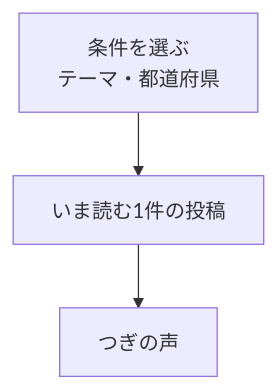
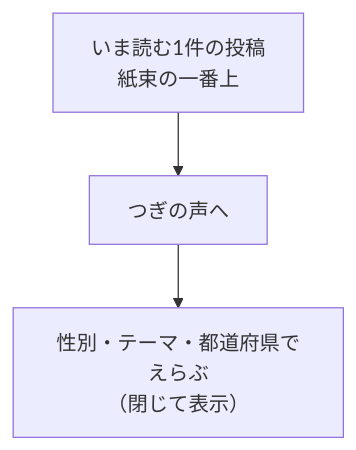
One commit to Digix00/58-Hackathon-202609 changed the diagram in docs/requirements/screens/feed.md. Above: the diagram before and after it, drawn with Mermaid. The commit also changed other lines of this file and 56 other files, not shown here.

````diff
--- a/docs/requirements/screens/feed.md
+++ b/docs/requirements/screens/feed.md
@@ -9,8 +9,8 @@
 ```mermaid
 flowchart TB
-  Filters["条件を選ぶ<br/>テーマ・都道府県"]
-  Card["いま読む1件の投稿"]
-  Next["つぎの声"]
+  Card["いま読む1件の投稿<br/>紙束の一番上"]
+  Next["つぎの声へ"]
+  Filters["性別・テーマ・都道府県でえらぶ<br/>（閉じて表示）"]
 
-  Filters --> Card --> Next
+  Card --> Next --> Filters
 ```
````
